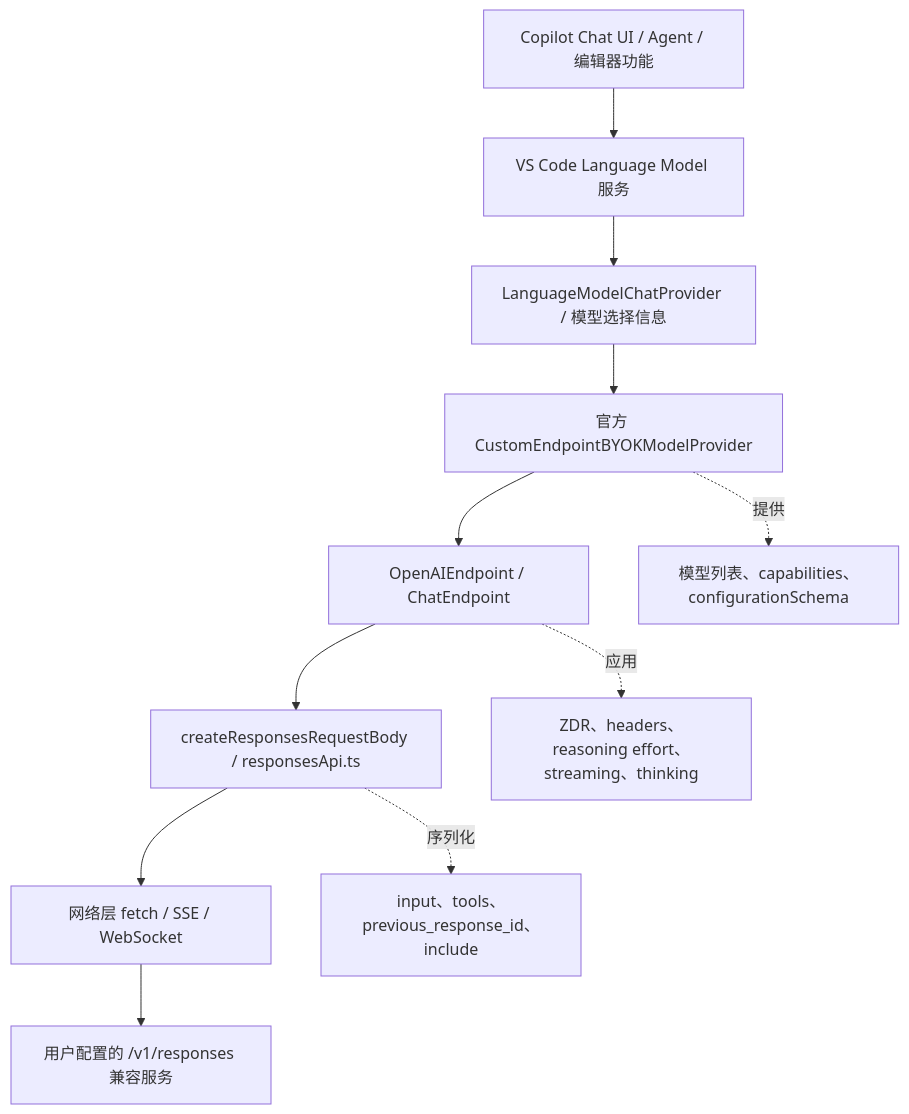
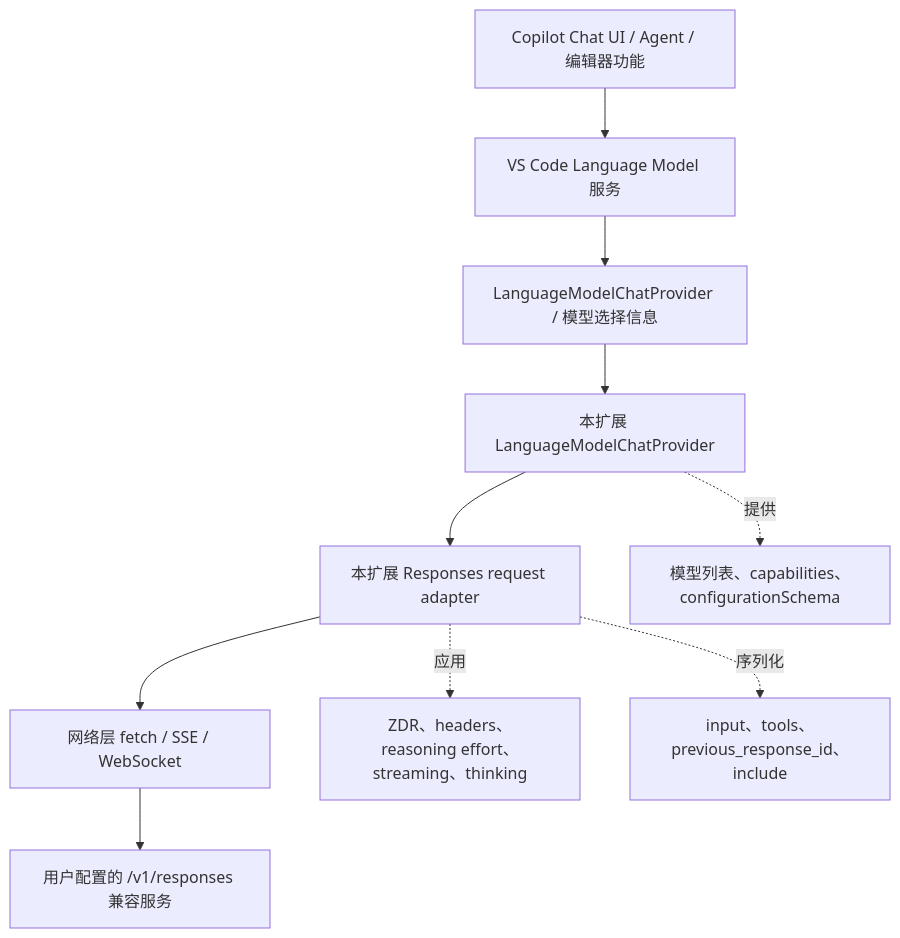
Before and after one commit to tzraeq/vscode-copilot-custom-provider: the first of 3 diagrams in docs/copilot-provider-responses-api-flow.md, drawn with Mermaid. The commit also changed other lines of this file and 2 other files, not shown here.

Commit message:
✨ feat: 更新文档以明确扩展目标和实现边界，强调与内置 Custom Endpoint/BYOK provider 的差异

````diff
--- a/docs/copilot-provider-responses-api-flow.md
+++ b/docs/copilot-provider-responses-api-flow.md
@@ -120,14 +120,13 @@
 ```mermaid
 flowchart TD
     A[Copilot Chat UI / Agent / 编辑器功能] --> B[VS Code Language Model 服务]
     B --> C[LanguageModelChatProvider / 模型选择信息]
-    C --> D[官方 CustomEndpointBYOKModelProvider]
-    D --> E[OpenAIEndpoint / ChatEndpoint]
-    E --> F[createResponsesRequestBody / responsesApi.ts]
-    F --> G[网络层 fetch / SSE / WebSocket]
-    G --> H[用户配置的 /v1/responses 兼容服务]
+    C --> D[本扩展 LanguageModelChatProvider]
+    D --> E[本扩展 Responses request adapter]
+    E --> F[网络层 fetch / SSE / WebSocket]
+    F --> G[用户配置的 /v1/responses 兼容服务]
 
     D -.提供.-> C1[模型列表、capabilities、configurationSchema]
     E -.应用.-> E1[ZDR、headers、reasoning effort、streaming、thinking]
-    F -.序列化.-> F1[input、tools、previous_response_id、include]
+    E -.序列化.-> E2[input、tools、previous_response_id、include]
 ```
````
